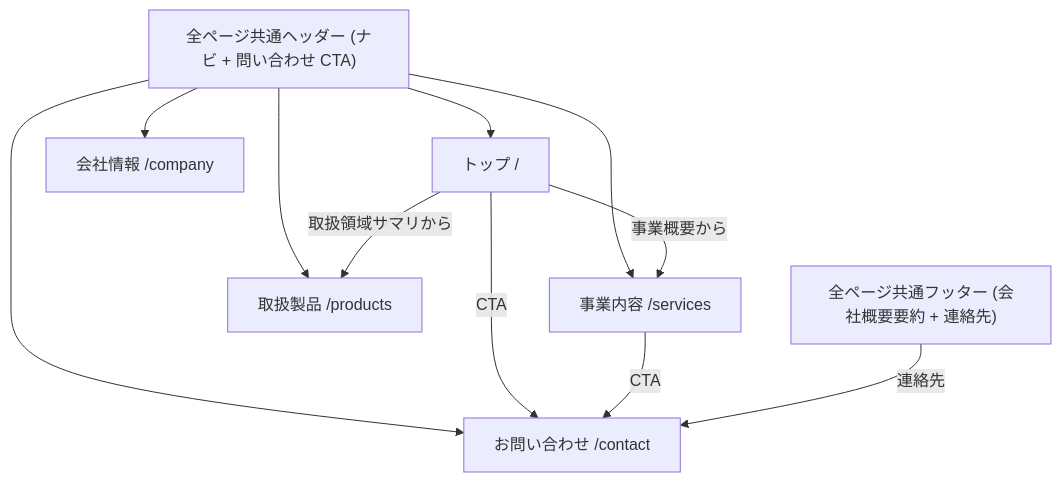
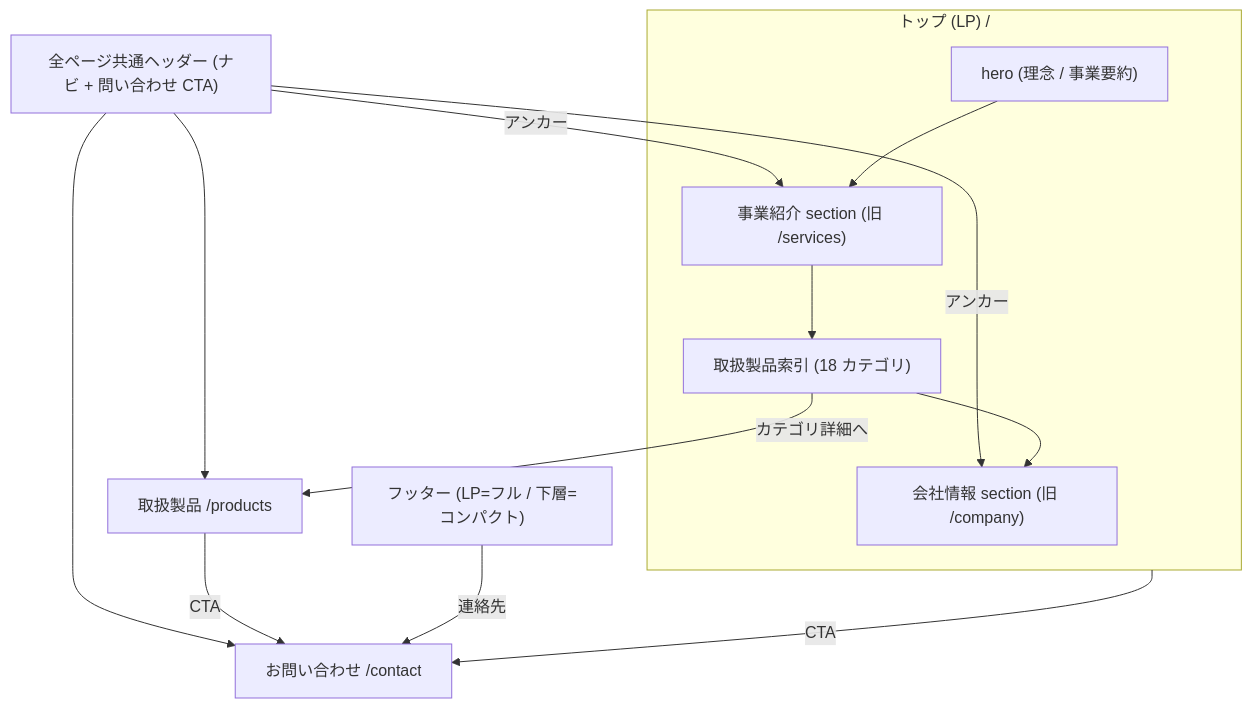
One commit to Fukuemon/kufu-apps changed the first of 3 diagrams in design/features/corporate-site/DesignDoc_corporate-site.md. Above: the diagram before and after it, drawn with Mermaid. The commit also changed other lines of this file and 2 other files, not shown here.

````diff
--- a/design/features/corporate-site/DesignDoc_corporate-site.md
+++ b/design/features/corporate-site/DesignDoc_corporate-site.md
@@ -103,21 +106,23 @@
 ```mermaid
 flowchart TD
     Header["全ページ共通ヘッダー (ナビ + 問い合わせ CTA)"]
-    P1["トップ /"]
-    P2["事業内容 /services"]
+    subgraph P1 ["トップ (LP) /"]
+        Hero["hero (理念 / 事業要約)"]
+        Business["事業紹介 section (旧 /services)"]
+        Index["取扱製品索引 (18 カテゴリ)"]
+        Company["会社情報 section (旧 /company)"]
+    end
     P3["取扱製品 /products"]
-    P4["会社情報 /company"]
     P6["お問い合わせ /contact"]
-    Footer["全ページ共通フッター (会社概要要約 + 連絡先)"]
+    Footer["フッター (LP=フル / 下層=コンパクト)"]
 
-    Header --> P1
-    Header --> P2
+    Header -->|"アンカー"| Business
+    Header -->|"アンカー"| Company
     Header --> P3
-    Header --> P4
     Header --> P6
-    P1 -->|"事業概要から"| P2
-    P1 -->|"取扱領域サマリから"| P3
+    Hero --> Business --> Index --> Company
+    Index -->|"カテゴリ詳細へ"| P3
     P1 -->|"CTA"| P6
-    P2 -->|"CTA"| P6
+    P3 -->|"CTA"| P6
     Footer -->|"連絡先"| P6
 ```
````
